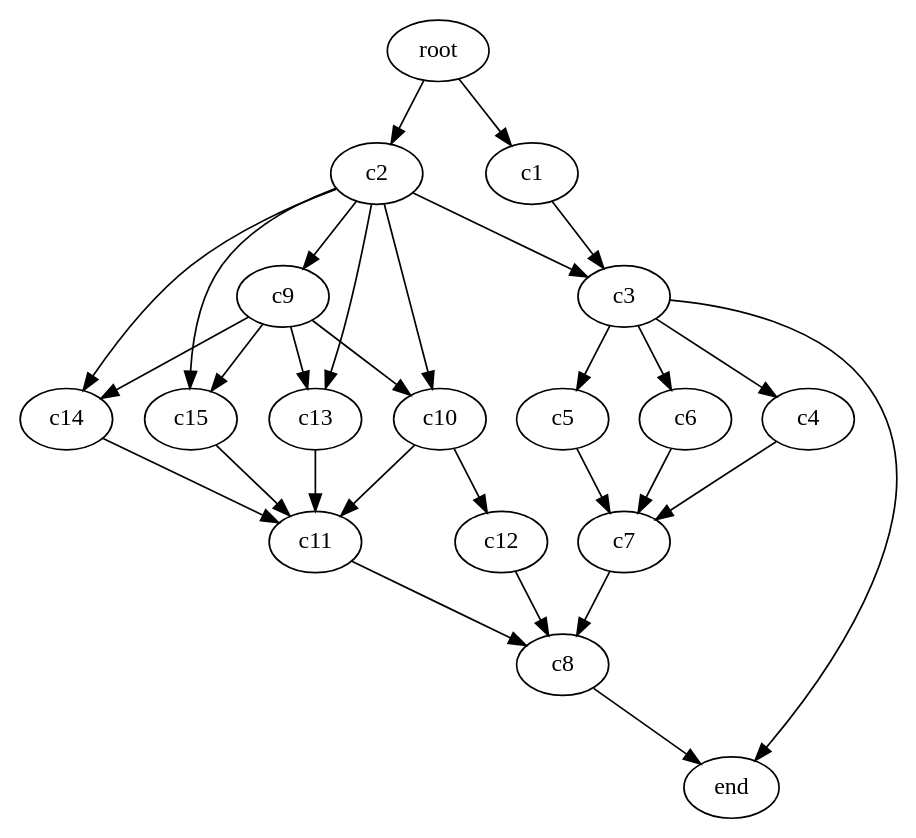
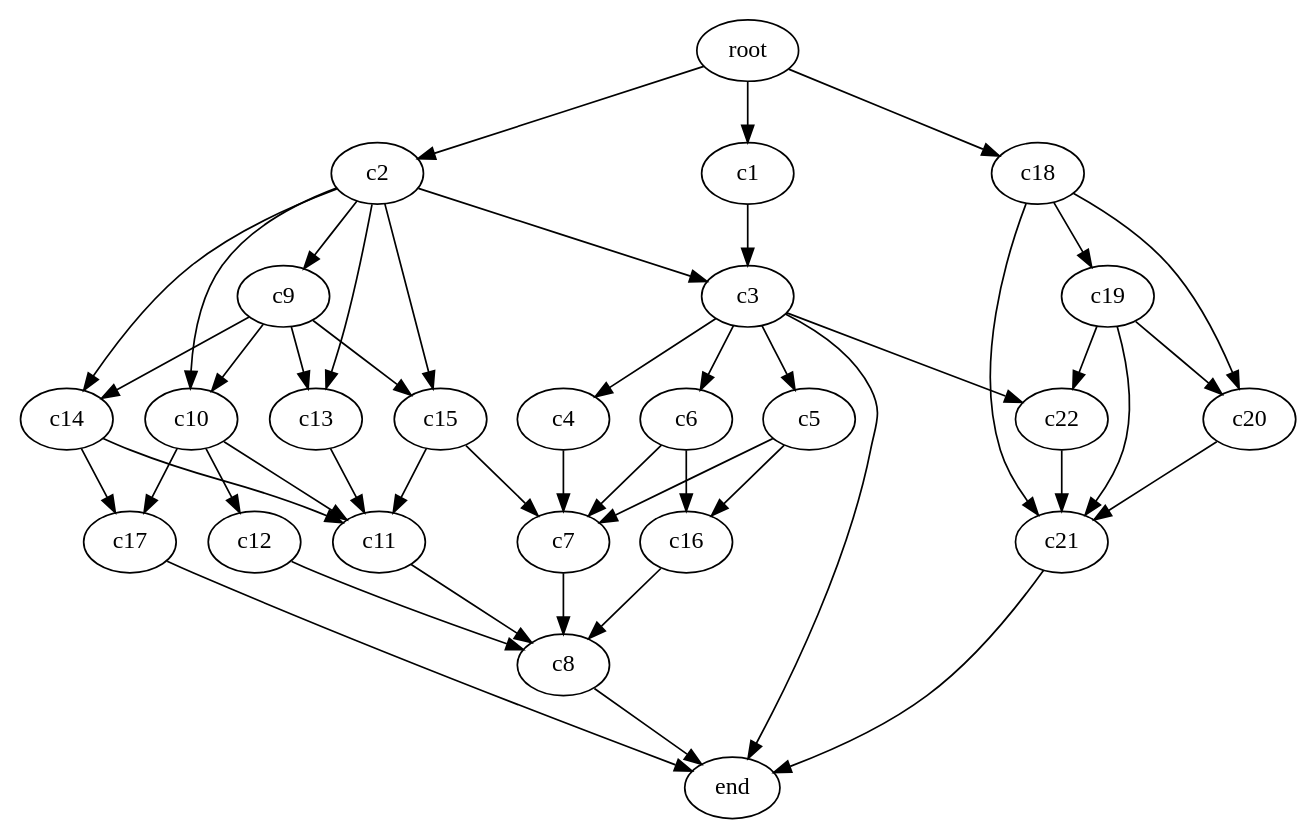
Before and after one commit to PreFX48/thesis: the diagram in experiment-2-enhanced/workflows/complex_0.dot, drawn with Graphviz. The commit also changed 4 other files, not shown here.

```diff
--- a/experiment-2-enhanced/workflows/complex_0.dot
+++ b/experiment-2-enhanced/workflows/complex_0.dot
@@ -1,47 +1,72 @@
 digraph G {
   c1 [size="3e9"];
   c2 [size="5e9"];
   c3 [size="3e9"];
   c4 [size="5e9"];
   c5 [size="3e9"];
   c6 [size="6e9"];
   c7 [size="3e9"];
+  c16 [size="3e9"];
   c8 [size="7e9"];
   c9 [size="7e9"];
   c10 [size="3e9"];
   c11 [size="7e9"];
   c12 [size="7e9"];
   c13 [size="5e9"];
   c14 [size="5e9"];
   c15 [size="5e9"];
+  c17 [size="3e9"];
+  c18 [size="4e9"];
+  c19 [size="4e9"];
+  c20 [size="4e9"];
+  c21 [size="4e9"];
+  c22 [size="4e9"];
 
   root -> c1 [size="2e8"];
   root -> c2 [size="1e8"];
-  c1 -> c3   [size="518"];
-  c2 -> c3   [size="5e7"];
-  c3 -> c4   [size="5e7"];
-  c3 -> c5   [size="5e7"];
-  c3 -> c6   [size="5e7"];
-  c4 -> c7   [size="3e7"];
-  c5 -> c7   [size="3e7"];
-  c6 -> c7   [size="3e7"];
+  c1 -> c3   [size="5e8"];
+  c2 -> c3   [size="5e8"];
+  c3 -> c4   [size="5e8"];
+  c3 -> c5   [size="5e8"];
+  c3 -> c6   [size="5e8"];
+  c3 -> c22   [size="5e8"];
+  c4 -> c7   [size="3e8"];
+  c5 -> c7   [size="3e8"];
+  c6 -> c7   [size="3e8"];
+  c5 -> c16   [size="3e8"];
+  c6 -> c16   [size="3e8"];
   c7 -> c8   [size="3e8"];
   c8 -> end   [size="1e7"];
   c3 -> end  [size="1e8"];
   c2 -> c9 [size="1e8"];
   c9 -> c10 [size="1e8"];
   c2 -> c10 [size="1e8"];
   c10 -> c11 [size="1e9"];
   c10 -> c12 [size="1e9"];
+  c10 -> c17 [size="1e9"];
+  c14 -> c17 [size="1e9"];
   c11 -> c8 [size="1e9"];
   c12 -> c8 [size="1e9"];
+  c16 -> c8 [size="1e9"];
+  c17 -> end [size="1e9"];
   c2 -> c13 [size="1e8"];
   c9 -> c13 [size="1e8"];
   c13 -> c11 [size="1e8"];
   c2 -> c14 [size="1e8"];
   c9 -> c14 [size="1e8"];
   c14 -> c11 [size="1e8"];
   c2 -> c15 [size="1e8"];
   c9 -> c15 [size="1e8"];
   c15 -> c11 [size="1e8"];
+  c15 -> c7 [size="1e9"];
+  root -> c18 [size="5e8"];
+  c18 -> c19 [size="5e8"];
+  c18 -> c20 [size="5e8"];
+  c18 -> c21 [size="5e8"];
+  c19 -> c20 [size="5e8"];
+  c19 -> c21 [size="5e8"];
+  c19 -> c22 [size="5e8"];
+  c20 -> c21 [size="5e8"];
+  c22 -> c21 [size="5e8"];
+  c21 -> end [size="5e8"];
 }
```
